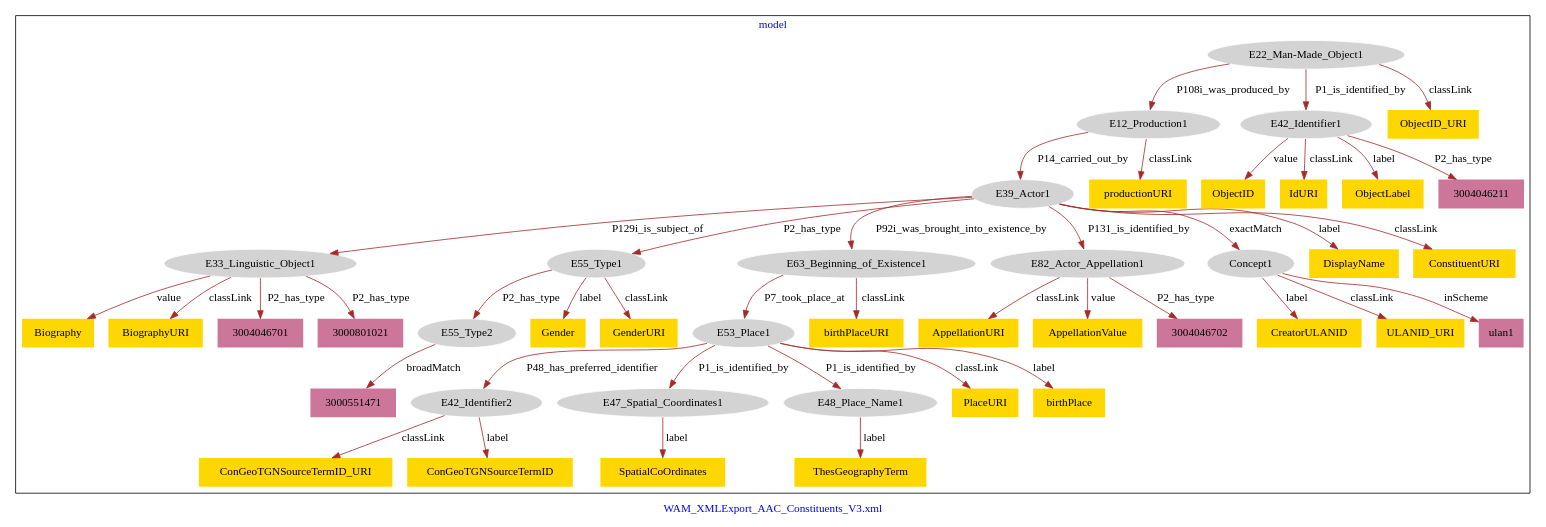
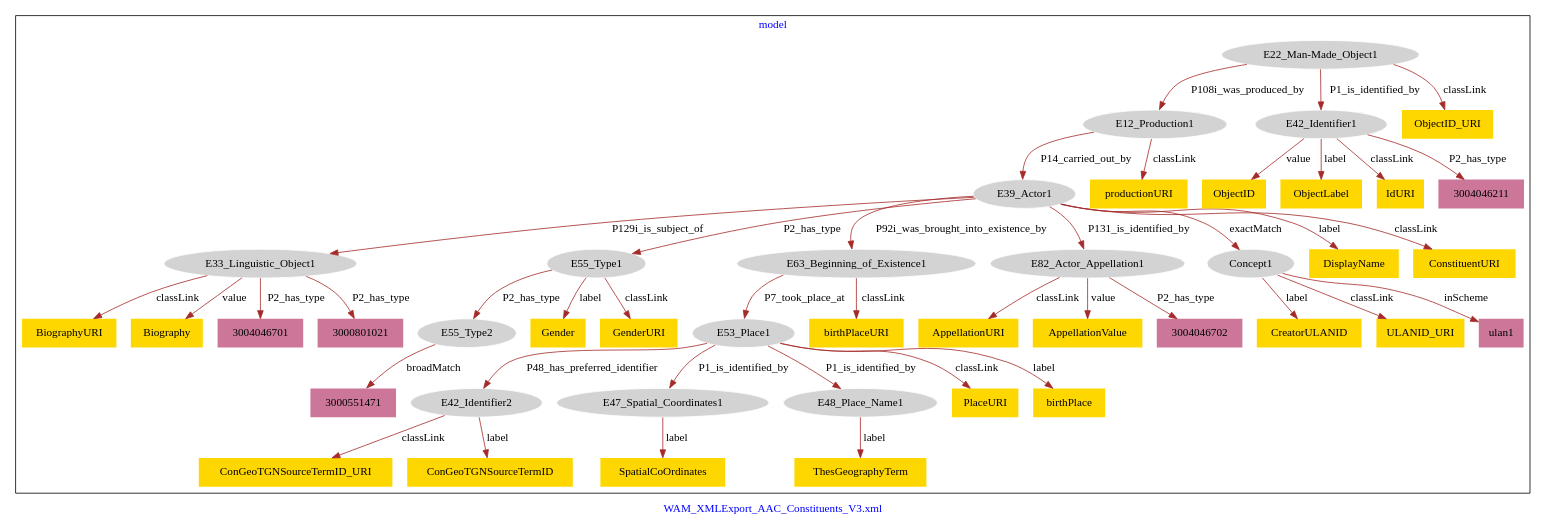
Before and after one commit to american-art/wam: the diagram in WAM_AAC_Constituents/WAM_AAC_Constituents_V3_PlaceOfBirth-model.dot, drawn with Graphviz.

Commit message:
Update file WAM_AAC_Constituents_V3_PlaceOfBirth-model.dot

```diff
--- a/WAM_AAC_Constituents/WAM_AAC_Constituents_V3_PlaceOfBirth-model.dot
+++ b/WAM_AAC_Constituents/WAM_AAC_Constituents_V3_PlaceOfBirth-model.dot
@@ -1,91 +1,91 @@
 digraph n0 {
 fontcolor="blue"
 remincross="true"
 label="WAM_XMLExport_AAC_Constituents_V3.xml"
 subgraph cluster {
 label="model"
 n2[style="filled",color="white",fillcolor="lightgray",label="E12_Production1"];
 n3[style="filled",color="white",fillcolor="lightgray",label="E39_Actor1"];
 n4[style="filled",color="white",fillcolor="lightgray",label="E22_Man-Made_Object1"];
 n5[style="filled",color="white",fillcolor="lightgray",label="E42_Identifier1"];
 n6[style="filled",color="white",fillcolor="lightgray",label="E33_Linguistic_Object1"];
 n7[style="filled",color="white",fillcolor="lightgray",label="E55_Type1"];
 n8[style="filled",color="white",fillcolor="lightgray",label="E63_Beginning_of_Existence1"];
 n9[style="filled",color="white",fillcolor="lightgray",label="E82_Actor_Appellation1"];
 n10[style="filled",color="white",fillcolor="lightgray",label="Concept1"];
 n11[style="filled",color="white",fillcolor="lightgray",label="E53_Place1"];
 n12[style="filled",color="white",fillcolor="lightgray",label="E42_Identifier2"];
 n13[style="filled",color="white",fillcolor="lightgray",label="E47_Spatial_Coordinates1"];
 n14[style="filled",color="white",fillcolor="lightgray",label="E48_Place_Name1"];
 n15[style="filled",color="white",fillcolor="lightgray",label="E55_Type2"];
 n16[shape="plaintext",style="filled",fillcolor="gold",label="Gender"];
-n17[shape="plaintext",style="filled",fillcolor="gold",label="ObjectID"];
-n18[shape="plaintext",style="filled",fillcolor="gold",label="CreatorULANID"];
-n19[shape="plaintext",style="filled",fillcolor="gold",label="IdURI"];
-n20[shape="plaintext",style="filled",fillcolor="gold",label="ObjectLabel"];
-n21[shape="plaintext",style="filled",fillcolor="gold",label="DisplayName"];
-n22[shape="plaintext",style="filled",fillcolor="gold",label="Biography"];
-n23[shape="plaintext",style="filled",fillcolor="gold",label="birthPlaceURI"];
-n24[shape="plaintext",style="filled",fillcolor="gold",label="ObjectID_URI"];
-n25[shape="plaintext",style="filled",fillcolor="gold",label="BiographyURI"];
-n26[shape="plaintext",style="filled",fillcolor="gold",label="ConGeoTGNSourceTermID_URI"];
-n27[shape="plaintext",style="filled",fillcolor="gold",label="GenderURI"];
-n28[shape="plaintext",style="filled",fillcolor="gold",label="PlaceURI"];
+n17[shape="plaintext",style="filled",fillcolor="gold",label="GenderURI"];
+n18[shape="plaintext",style="filled",fillcolor="gold",label="ObjectID"];
+n19[shape="plaintext",style="filled",fillcolor="gold",label="BiographyURI"];
+n20[shape="plaintext",style="filled",fillcolor="gold",label="birthPlaceURI"];
+n21[shape="plaintext",style="filled",fillcolor="gold",label="CreatorULANID"];
+n22[shape="plaintext",style="filled",fillcolor="gold",label="PlaceURI"];
+n23[shape="plaintext",style="filled",fillcolor="gold",label="productionURI"];
+n24[shape="plaintext",style="filled",fillcolor="gold",label="DisplayName"];
+n25[shape="plaintext",style="filled",fillcolor="gold",label="ConGeoTGNSourceTermID_URI"];
+n26[shape="plaintext",style="filled",fillcolor="gold",label="birthPlace"];
+n27[shape="plaintext",style="filled",fillcolor="gold",label="Biography"];
+n28[shape="plaintext",style="filled",fillcolor="gold",label="ULANID_URI"];
 n29[shape="plaintext",style="filled",fillcolor="gold",label="AppellationURI"];
-n30[shape="plaintext",style="filled",fillcolor="gold",label="birthPlace"];
-n31[shape="plaintext",style="filled",fillcolor="gold",label="AppellationValue"];
-n32[shape="plaintext",style="filled",fillcolor="gold",label="ThesGeographyTerm"];
-n33[shape="plaintext",style="filled",fillcolor="gold",label="ULANID_URI"];
+n30[shape="plaintext",style="filled",fillcolor="gold",label="ObjectLabel"];
+n31[shape="plaintext",style="filled",fillcolor="gold",label="IdURI"];
+n32[shape="plaintext",style="filled",fillcolor="gold",label="AppellationValue"];
+n33[shape="plaintext",style="filled",fillcolor="gold",label="ThesGeographyTerm"];
 n34[shape="plaintext",style="filled",fillcolor="gold",label="ConGeoTGNSourceTermID"];
 n35[shape="plaintext",style="filled",fillcolor="gold",label="ConstituentURI"];
-n36[shape="plaintext",style="filled",fillcolor="gold",label="productionURI"];
-n37[shape="plaintext",style="filled",fillcolor="gold",label="SpatialCoOrdinates"];
+n36[shape="plaintext",style="filled",fillcolor="gold",label="SpatialCoOrdinates"];
+n37[shape="plaintext",style="filled",fillcolor="gold",label="ObjectID_URI"];
 n38[shape="plaintext",style="filled",fillcolor="#CC7799",label="3004046211"];
 n39[shape="plaintext",style="filled",fillcolor="#CC7799",label="ulan1"];
 n40[shape="plaintext",style="filled",fillcolor="#CC7799",label="3000551471"];
 n41[shape="plaintext",style="filled",fillcolor="#CC7799",label="3004046701"];
 n42[shape="plaintext",style="filled",fillcolor="#CC7799",label="3000801021"];
 n43[shape="plaintext",style="filled",fillcolor="#CC7799",label="3004046702"];
 }
 n2 -> n3[color="brown",fontcolor="black",label="P14_carried_out_by"]
 n4 -> n2[color="brown",fontcolor="black",label="P108i_was_produced_by"]
 n4 -> n5[color="brown",fontcolor="black",label="P1_is_identified_by"]
 n3 -> n6[color="brown",fontcolor="black",label="P129i_is_subject_of"]
 n3 -> n7[color="brown",fontcolor="black",label="P2_has_type"]
 n3 -> n8[color="brown",fontcolor="black",label="P92i_was_brought_into_existence_by"]
 n3 -> n9[color="brown",fontcolor="black",label="P131_is_identified_by"]
 n3 -> n10[color="brown",fontcolor="black",label="exactMatch"]
 n11 -> n12[color="brown",fontcolor="black",label="P48_has_preferred_identifier"]
 n11 -> n13[color="brown",fontcolor="black",label="P1_is_identified_by"]
 n11 -> n14[color="brown",fontcolor="black",label="P1_is_identified_by"]
 n7 -> n15[color="brown",fontcolor="black",label="P2_has_type"]
 n8 -> n11[color="brown",fontcolor="black",label="P7_took_place_at"]
 n7 -> n16[color="brown",fontcolor="black",label="label"]
-n5 -> n17[color="brown",fontcolor="black",label="value"]
-n10 -> n18[color="brown",fontcolor="black",label="label"]
-n5 -> n19[color="brown",fontcolor="black",label="classLink"]
-n5 -> n20[color="brown",fontcolor="black",label="label"]
-n3 -> n21[color="brown",fontcolor="black",label="label"]
-n6 -> n22[color="brown",fontcolor="black",label="value"]
-n8 -> n23[color="brown",fontcolor="black",label="classLink"]
-n4 -> n24[color="brown",fontcolor="black",label="classLink"]
-n6 -> n25[color="brown",fontcolor="black",label="classLink"]
-n12 -> n26[color="brown",fontcolor="black",label="classLink"]
-n7 -> n27[color="brown",fontcolor="black",label="classLink"]
-n11 -> n28[color="brown",fontcolor="black",label="classLink"]
+n7 -> n17[color="brown",fontcolor="black",label="classLink"]
+n5 -> n18[color="brown",fontcolor="black",label="value"]
+n6 -> n19[color="brown",fontcolor="black",label="classLink"]
+n8 -> n20[color="brown",fontcolor="black",label="classLink"]
+n10 -> n21[color="brown",fontcolor="black",label="label"]
+n11 -> n22[color="brown",fontcolor="black",label="classLink"]
+n2 -> n23[color="brown",fontcolor="black",label="classLink"]
+n3 -> n24[color="brown",fontcolor="black",label="label"]
+n12 -> n25[color="brown",fontcolor="black",label="classLink"]
+n11 -> n26[color="brown",fontcolor="black",label="label"]
+n6 -> n27[color="brown",fontcolor="black",label="value"]
+n10 -> n28[color="brown",fontcolor="black",label="classLink"]
 n9 -> n29[color="brown",fontcolor="black",label="classLink"]
-n11 -> n30[color="brown",fontcolor="black",label="label"]
-n9 -> n31[color="brown",fontcolor="black",label="value"]
-n14 -> n32[color="brown",fontcolor="black",label="label"]
-n10 -> n33[color="brown",fontcolor="black",label="classLink"]
+n5 -> n30[color="brown",fontcolor="black",label="label"]
+n5 -> n31[color="brown",fontcolor="black",label="classLink"]
+n9 -> n32[color="brown",fontcolor="black",label="value"]
+n14 -> n33[color="brown",fontcolor="black",label="label"]
 n12 -> n34[color="brown",fontcolor="black",label="label"]
 n3 -> n35[color="brown",fontcolor="black",label="classLink"]
-n2 -> n36[color="brown",fontcolor="black",label="classLink"]
-n13 -> n37[color="brown",fontcolor="black",label="label"]
+n13 -> n36[color="brown",fontcolor="black",label="label"]
+n4 -> n37[color="brown",fontcolor="black",label="classLink"]
 n5 -> n38[color="brown",fontcolor="black",label="P2_has_type"]
 n10 -> n39[color="brown",fontcolor="black",label="inScheme"]
 n15 -> n40[color="brown",fontcolor="black",label="broadMatch"]
 n6 -> n41[color="brown",fontcolor="black",label="P2_has_type"]
 n6 -> n42[color="brown",fontcolor="black",label="P2_has_type"]
 n9 -> n43[color="brown",fontcolor="black",label="P2_has_type"]
 }
```
